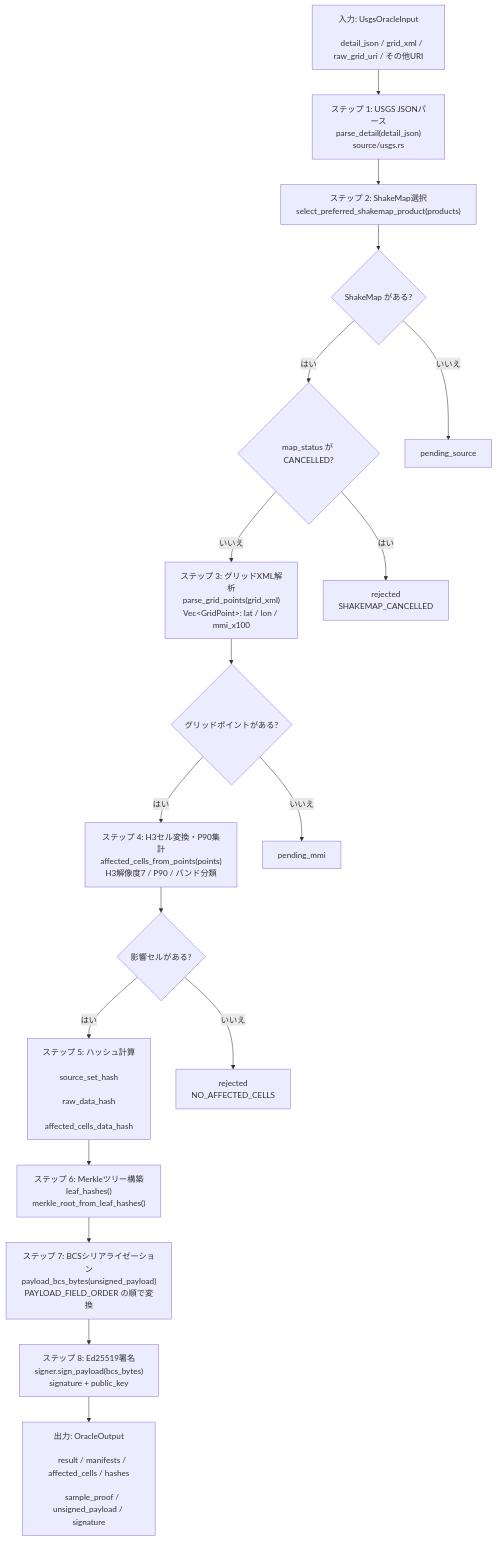
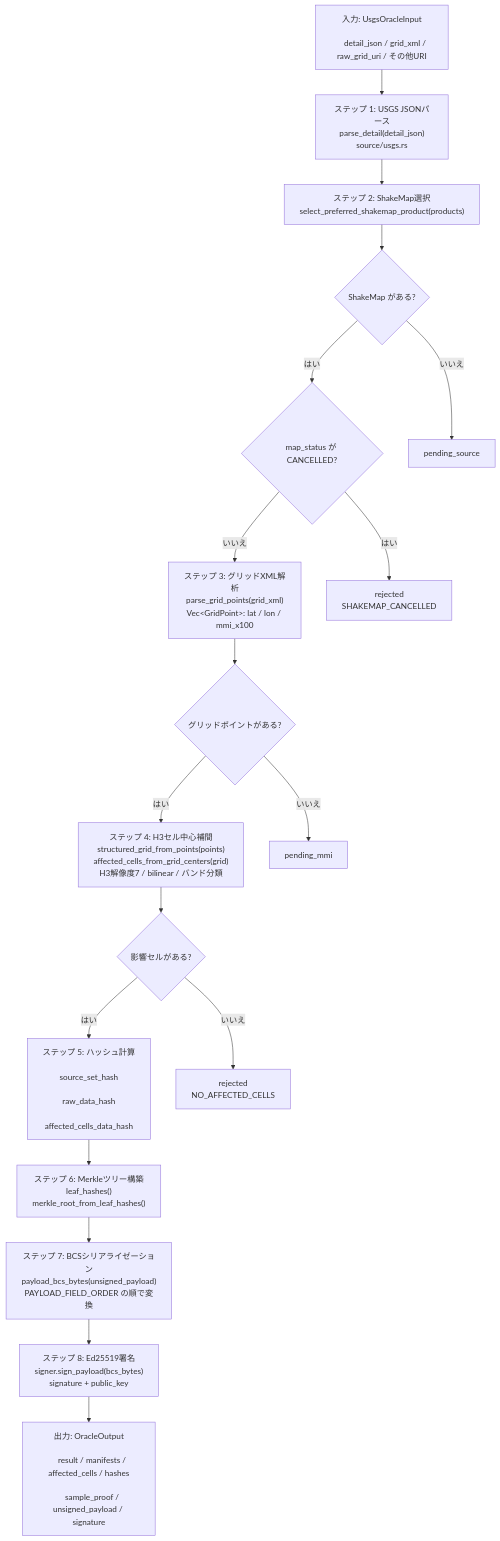
The first of 3 diagrams in docs/verifiers/earthquake_tee.md (UnagiLabs/Sonari), drawn with Mermaid before and after one commit. The commit also changed other lines of this file and 12 other files, not shown here.

````diff
--- a/docs/verifiers/earthquake_tee.md
+++ b/docs/verifiers/earthquake_tee.md
@@ -48,56 +48,56 @@
 ```mermaid
 flowchart TD
   input[
     入力: UsgsOracleInput<br/>
     detail_json / grid_xml / raw_grid_uri / その他URI
   ]
 
   parse["ステップ 1: USGS JSONパース<br/>parse_detail(detail_json)<br/>source/usgs.rs"]
 
   select["ステップ 2: ShakeMap選択<br/>select_preferred_shakemap_product(products)"]
 
   hasShakeMap{ShakeMap がある?}
   cancelled{map_status が CANCELLED?}
 
   grid["ステップ 3: グリッドXML解析<br/>parse_grid_points(grid_xml)<br/>Vec&lt;GridPoint&gt;: lat / lon / mmi_x100"]
 
   hasGrid{グリッドポイントがある?}
 
-  cells["ステップ 4: H3セル変換・P90集計<br/>affected_cells_from_points(points)<br/>H3解像度7 / P90 / バンド分類"]
+  cells["ステップ 4: H3セル中心補間<br/>structured_grid_from_points(points)<br/>affected_cells_from_grid_centers(grid)<br/>H3解像度7 / bilinear / バンド分類"]
 
   hasAffectedCells{影響セルがある?}
 
   hash[
     ステップ 5: ハッシュ計算<br/>
     source_set_hash<br/>
     raw_data_hash<br/>
     affected_cells_data_hash
   ]
 
   merkle["ステップ 6: Merkleツリー構築<br/>leaf_hashes()<br/>merkle_root_from_leaf_hashes()"]
 
   bcs["ステップ 7: BCSシリアライゼーション<br/>payload_bcs_bytes(unsigned_payload)<br/>PAYLOAD_FIELD_ORDER の順で変換"]
 
   sign["ステップ 8: Ed25519署名<br/>signer.sign_payload(bcs_bytes)<br/>signature + public_key"]
 
   output[
     出力: OracleOutput<br/>
     result / manifests / affected_cells / hashes<br/>
     sample_proof / unsigned_payload / signature
   ]
 
   pendingSource[pending_source]
   pendingMmi[pending_mmi]
   rejectedCancelled[rejected<br/>SHAKEMAP_CANCELLED]
   rejectedNoCells[rejected<br/>NO_AFFECTED_CELLS]
 
   input --> parse --> select --> hasShakeMap
   hasShakeMap -->|いいえ| pendingSource
   hasShakeMap -->|はい| cancelled
   cancelled -->|はい| rejectedCancelled
   cancelled -->|いいえ| grid --> hasGrid
   hasGrid -->|いいえ| pendingMmi
   hasGrid -->|はい| cells --> hasAffectedCells
   hasAffectedCells -->|いいえ| rejectedNoCells
   hasAffectedCells -->|はい| hash --> merkle --> bcs --> sign --> output
 ```
````
